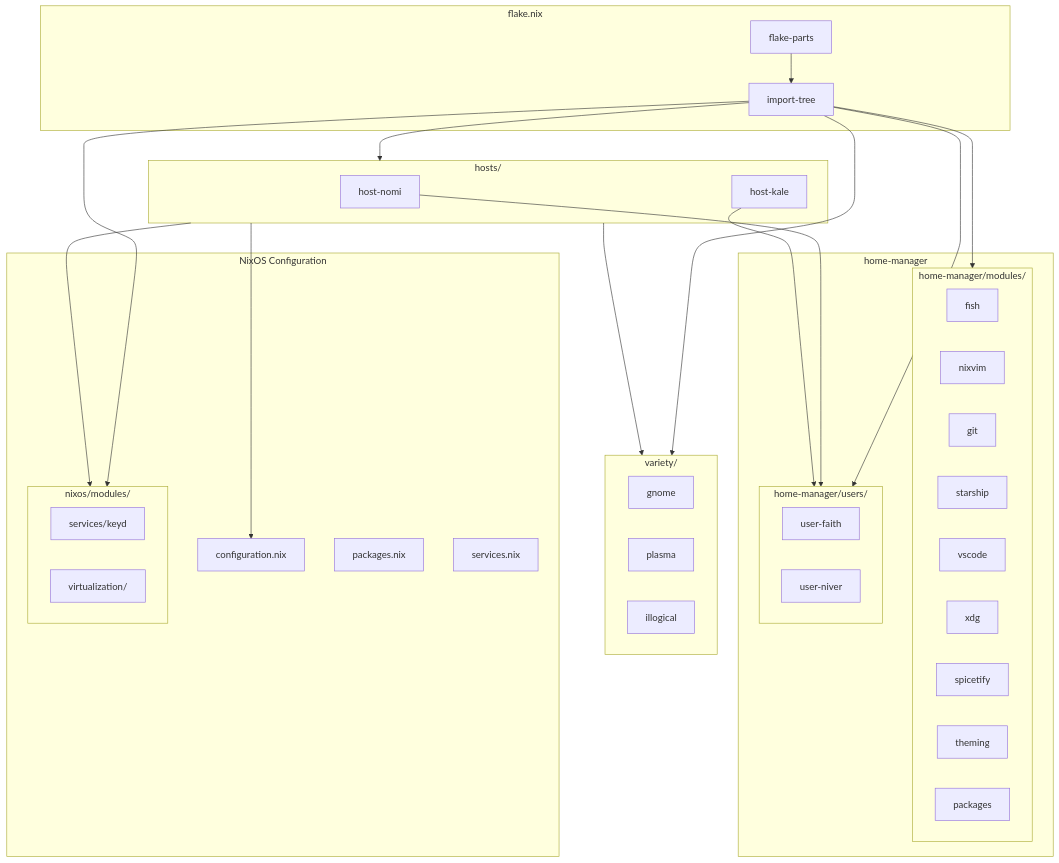
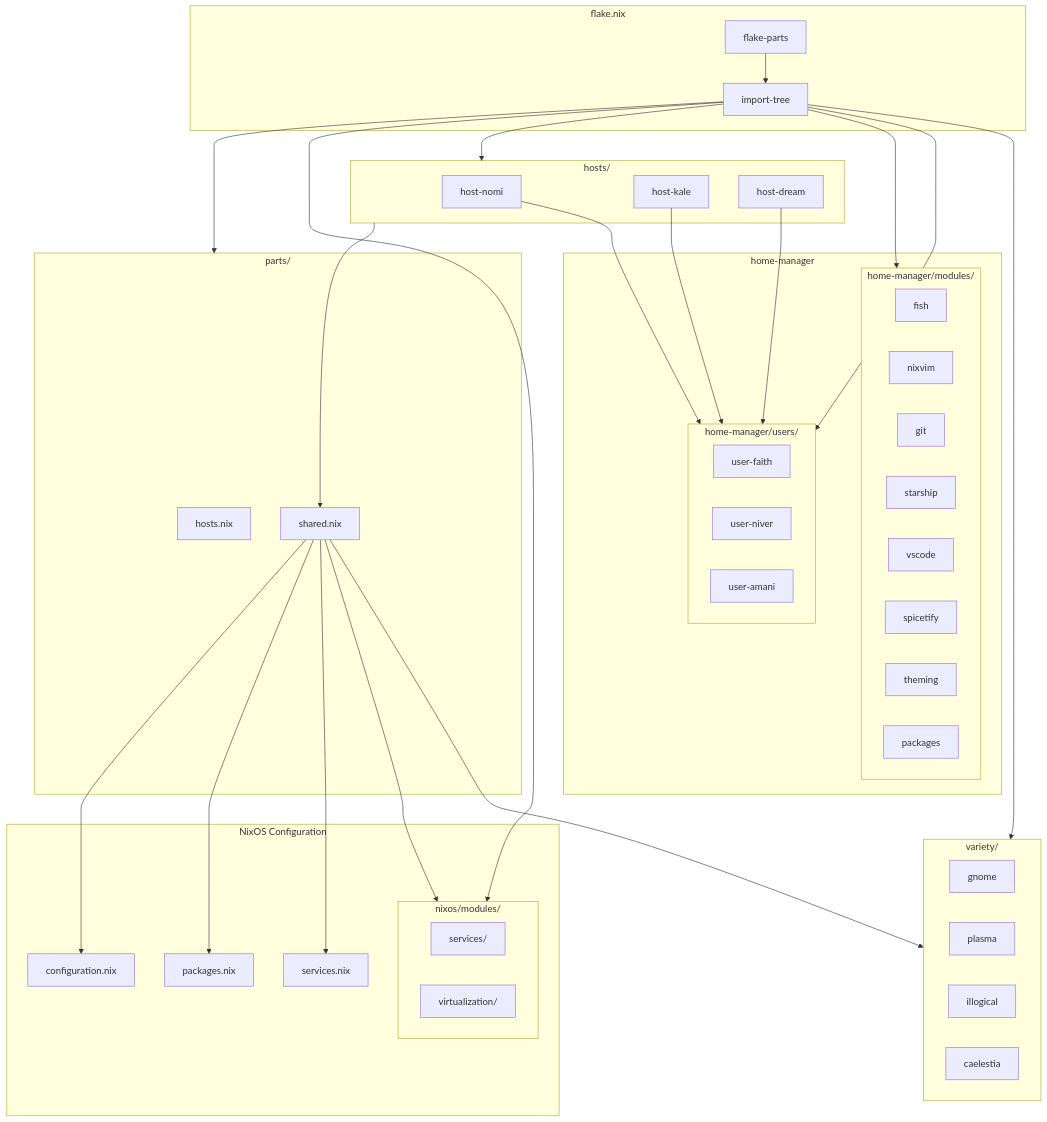
The first of 2 diagrams in README.md (niversesu/infra), drawn with Mermaid before and after one commit. The commit also changed other lines of this file, not shown here.

Commit message:
docs: update README to reflect current repo state (dream host, amani user, caelestia, shared pattern)

````diff
--- a/README.md
+++ b/README.md
@@ -64,60 +69,73 @@
 ```mermaid
 flowchart TB
     subgraph flake["flake.nix"]
         fp["flake-parts"]
         it["import-tree"]
     end
 
+    subgraph parts["parts/"]
+        hosts["hosts.nix"]
+        shared["shared.nix"]
+    end
+
     subgraph nixos["NixOS Configuration"]
         subgraph nixos-modules["nixos/modules/"]
-            sm["services/keyd"]
+            sm["services/"]
             vm["virtualization/"]
         end
         config["configuration.nix"]
         pkgs["packages.nix"]
         svc["services.nix"]
     end
 
-    subgraph hosts["hosts/"]
+    subgraph hosts_dir["hosts/"]
         nomi["host-nomi"]
         kale["host-kale"]
+        dream["host-dream"]
     end
 
     subgraph variety["variety/"]
         gnome["gnome"]
         plasma["plasma"]
         illogical["illogical"]
+        caelestia["caelestia"]
     end
 
     subgraph hm["home-manager"]
         subgraph hm-modules["home-manager/modules/"]
             fish["fish"]
             nixvim["nixvim"]
             git["git"]
             starship["starship"]
             vscode["vscode"]
-            xdg["xdg"]
             spicetify["spicetify"]
             theming["theming"]
             packages["packages"]
         end
         subgraph hm-users["home-manager/users/"]
             faith["user-faith"]
             niver["user-niver"]
+            amani["user-amani"]
         end
     end
 
     fp --> it
+    it --> parts
     it --> nixos-modules
-    it --> hosts
+    it --> hosts_dir
     it --> hm-modules
     it --> hm-users
     it --> variety
 
-    hosts --> nixos-modules
-    hosts --> config
-    hosts --> variety
+    shared --> nixos-modules
+    shared --> config
+    shared --> pkgs
+    shared --> svc
+    shared --> variety
+
+    hosts_dir --> shared
 
     nomi --> hm-users
     kale --> hm-users
+    dream --> hm-users
 ```
````
